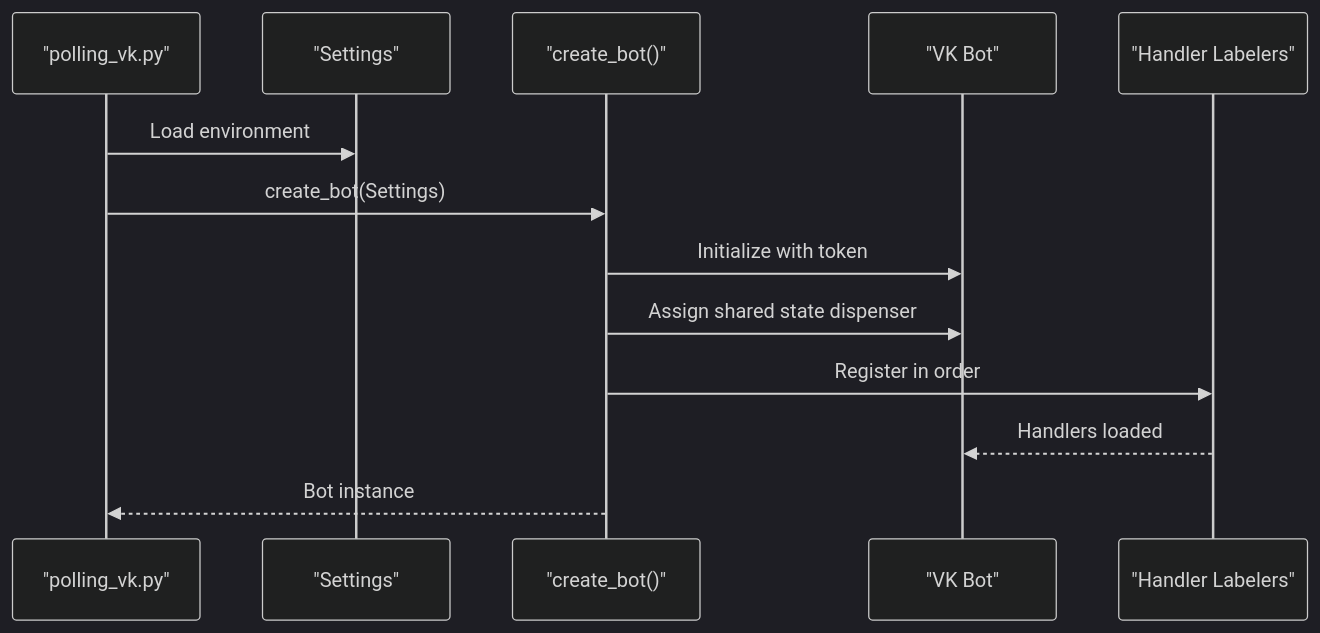
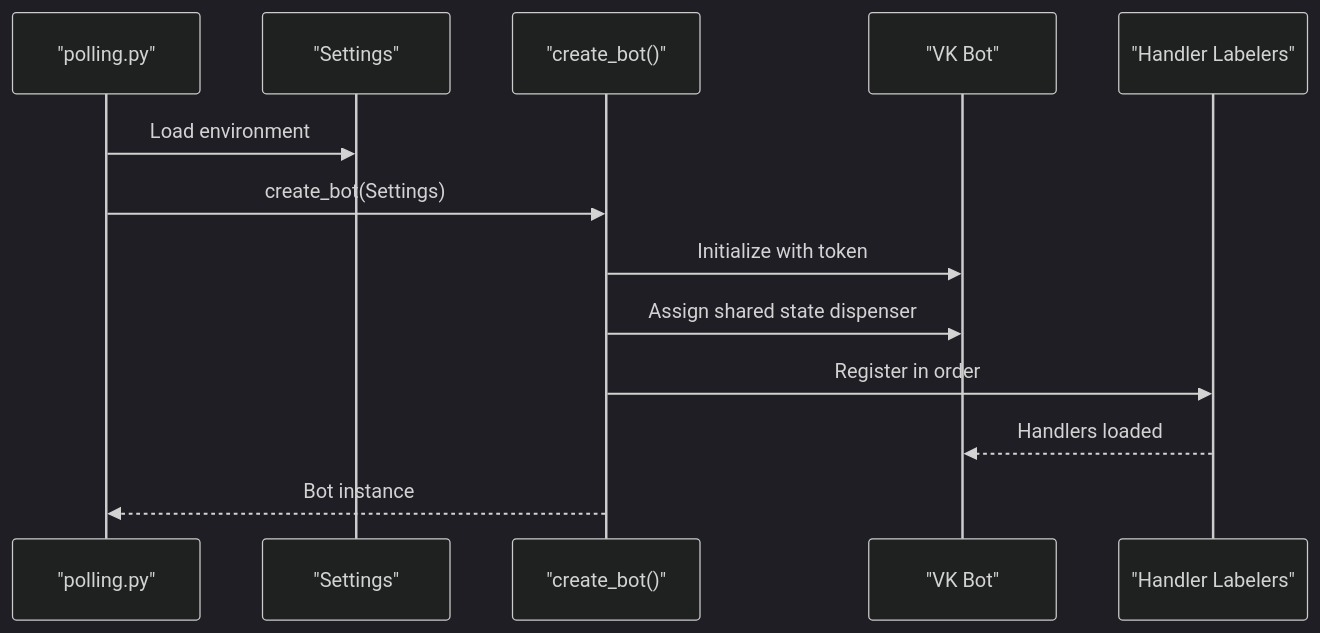
Before and after one commit to ognelis/cafetera_hr_bot: the sixth of 12 diagrams in .qoder/repowiki/en/content/VK Integration/Domain Content Management.md, drawn with Mermaid (dark theme). The commit also changed other lines of this file and 51 other files, not shown here.

````diff
--- a/.qoder/repowiki/en/content/VK Integration/Domain Content Management.md
+++ b/.qoder/repowiki/en/content/VK Integration/Domain Content Management.md
@@ -316,15 +313,15 @@
 ```mermaid
 sequenceDiagram
-participant Script as "polling_vk.py"
+participant Script as "polling.py"
 participant Config as "Settings"
 participant Factory as "create_bot()"
 participant VKBot as "VK Bot"
 participant Labelers as "Handler Labelers"
 Script->>Config : Load environment
 Script->>Factory : create_bot(Settings)
 Factory->>VKBot : Initialize with token
 Factory->>VKBot : Assign shared state dispenser
 Factory->>Labelers : Register in order
 Labelers-->>VKBot : Handlers loaded
 Factory-->>Script : Bot instance
 ```
````
